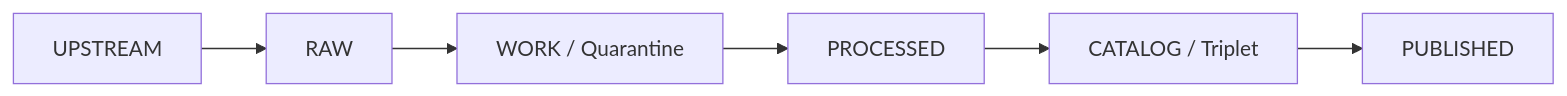
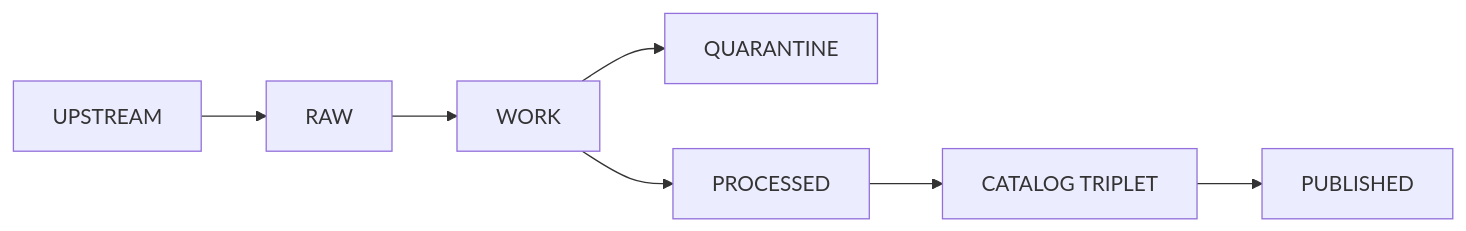
The first of 3 diagrams in infra/README.md (bartytime4life/Kansas-Frontier-Matrix), drawn with Mermaid before and after one commit. The commit also changed other lines of this file, not shown here.

````diff
--- a/infra/README.md
+++ b/infra/README.md
@@ -181,8 +210,9 @@
 ```mermaid
 flowchart LR
   upstream["UPSTREAM"] --> raw["RAW"]
-  raw --> work["WORK / Quarantine"]
+  raw --> work["WORK"]
+  work --> quarantine["QUARANTINE"]
   work --> processed["PROCESSED"]
-  processed --> triplet["CATALOG / Triplet"]
-  triplet --> published["PUBLISHED"]
+  processed --> catalog["CATALOG TRIPLET"]
+  catalog --> published["PUBLISHED"]
 ```
````
